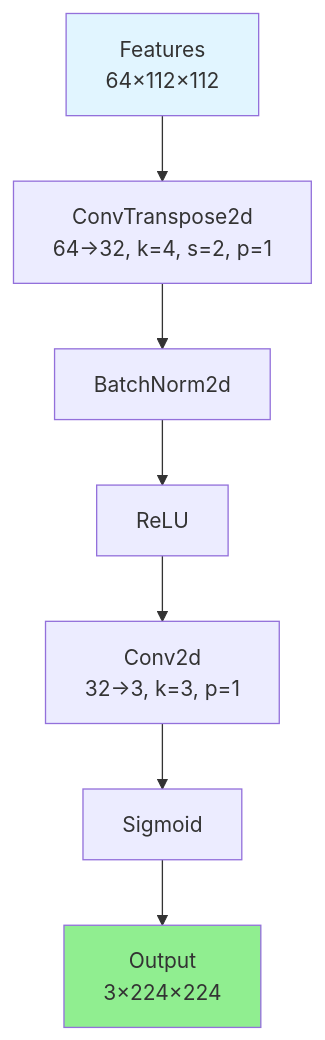
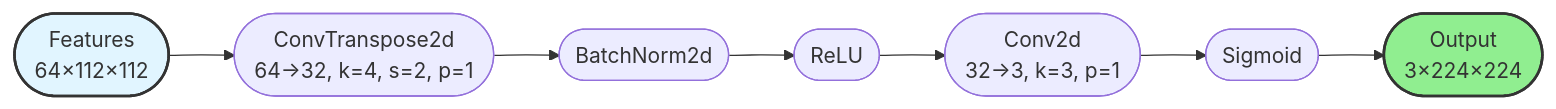
One commit to DanicaBlazanovic/CAP6415_F25_project_Input_Image_Reconstruction_from_Features changed the third of 9 diagrams in methodology.md. Above: the diagram before and after it, drawn with Mermaid. The commit also changed other lines of this file, not shown here.

````diff
--- a/methodology.md
+++ b/methodology.md
@@ -55,12 +55,12 @@
 ```mermaid
-graph TD
-    A[Features<br/>64×112×112] --> B[ConvTranspose2d<br/>64→32, k=4, s=2, p=1]
-    B --> C[BatchNorm2d]
-    C --> D[ReLU]
-    D --> E[Conv2d<br/>32→3, k=3, p=1]
-    E --> F[Sigmoid]
-    F --> G[Output<br/>3×224×224]
+graph LR
+    A([Features<br/>64×112×112]) --> B([ConvTranspose2d<br/>64→32, k=4, s=2, p=1])
+    B --> C([BatchNorm2d])
+    C --> D([ReLU])
+    D --> E([Conv2d<br/>32→3, k=3, p=1])
+    E --> F([Sigmoid])
+    F --> G([Output<br/>3×224×224])
     
-    style A fill:#e1f5ff
-    style G fill:#90EE90
+    style A fill:#e1f5ff,stroke:#333,stroke-width:2px
+    style G fill:#90EE90,stroke:#333,stroke-width:2px
 ```
````
